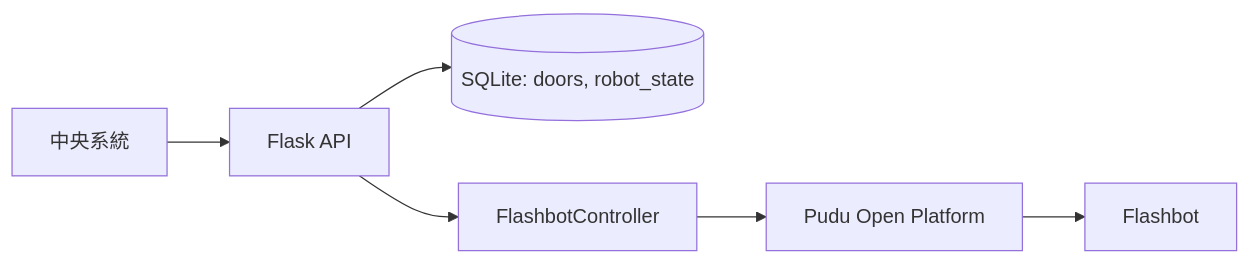
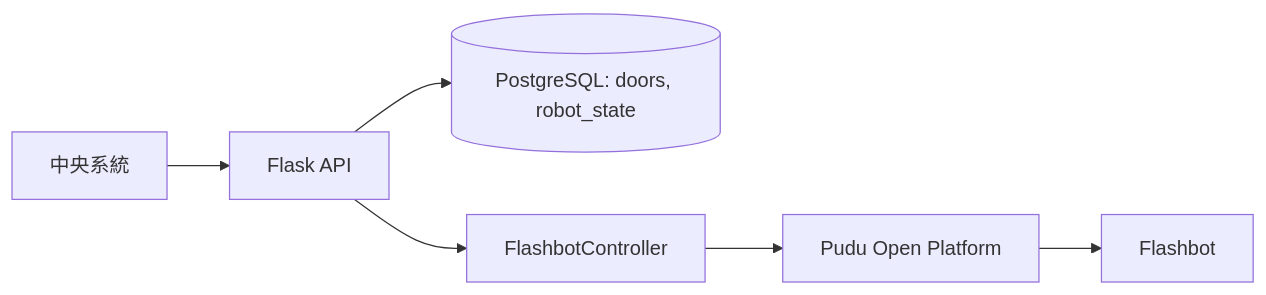
One commit to Liao-YuSheng/Aurobox changed the diagram in README.md. Above: the diagram before and after it, drawn with Mermaid. The commit also changed other lines of this file and 14 other files, not shown here.

````diff
--- a/README.md
+++ b/README.md
@@ -16,8 +17,8 @@
 ```mermaid
 flowchart LR
   Central[中央系統] --> API[Flask API]
-  API --> DB[(SQLite: doors, robot_state)]
+  API --> DB[(PostgreSQL: doors, robot_state)]
   API --> CTRL[FlashbotController]
   CTRL --> PUDU[Pudu Open Platform]
   PUDU --> ROBOT[Flashbot]
 ```
````
